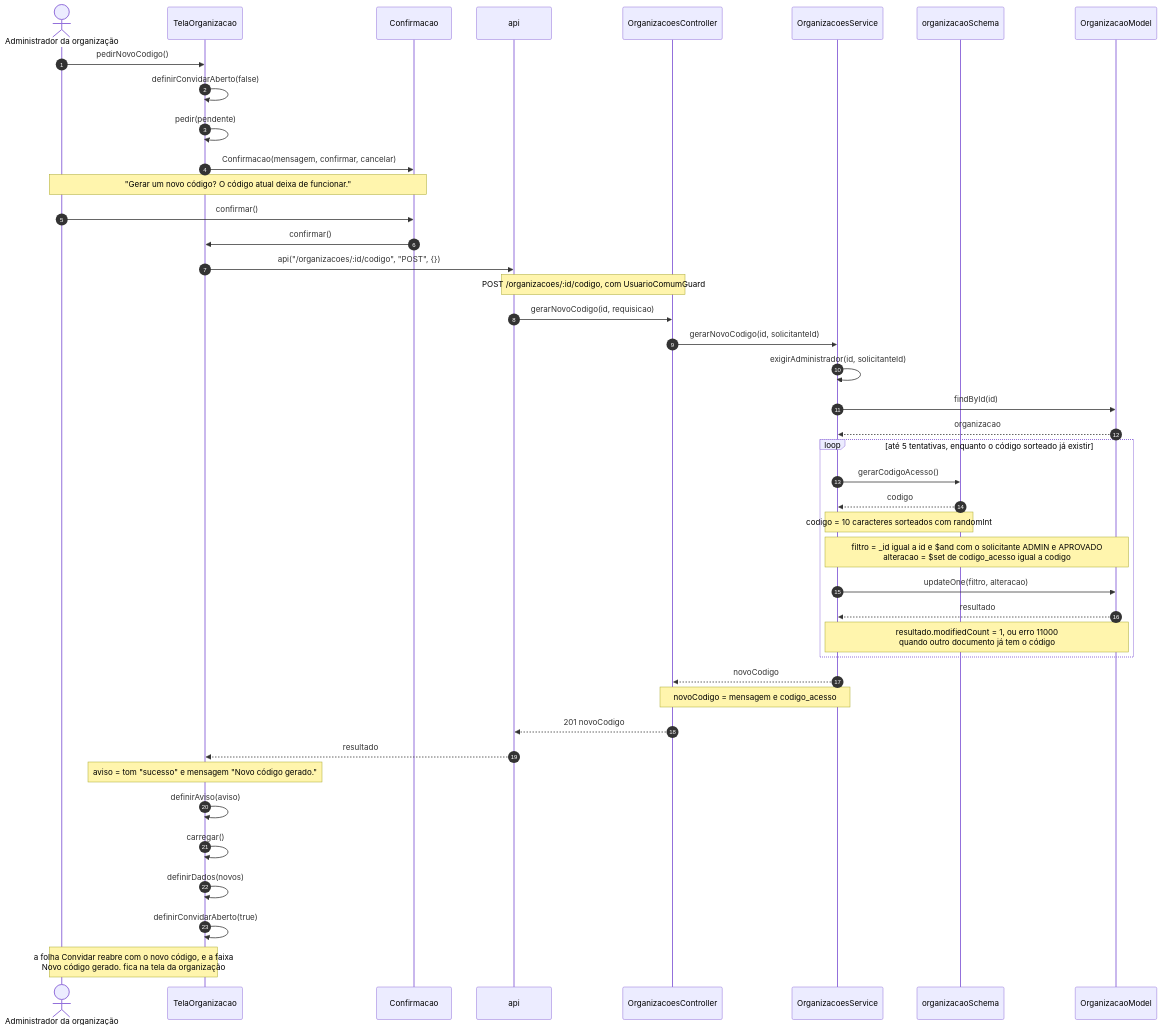
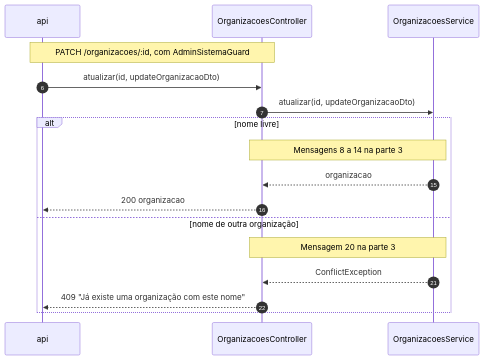
Before and after one commit to Conecta-IFSP/DOCUMENTATION: diagram 17 of 47 in 2 - Incremento 1/cadastro-organizacao/6 - diagramas-sequencia-cadastro-organizacao.md, drawn with Mermaid. The commit also changed other lines of this file and 5 other files, not shown here.

Commit message:
Divide os diagramas de sequência dos incrementos 1 e 2 em partes legíveis

````diff
--- a/2 - Incremento 1/cadastro-organizacao/6 - diagramas-sequencia-cadastro-organizacao.md
+++ b/2 - Incremento 1/cadastro-organizacao/6 - diagramas-sequencia-cadastro-organizacao.md
@@ -449,45 +384,21 @@
 ```mermaid
 sequenceDiagram
-    autonumber
-    actor U as Administrador da organização
-    participant T as TelaOrganizacao
-    participant D as Confirmacao
+    autonumber 6
     participant A as api
     participant C as OrganizacoesController
     participant S as OrganizacoesService
-    participant G as organizacaoSchema
-    participant M as OrganizacaoModel
-    U->>T: pedirNovoCodigo()
-    T->>T: definirConvidarAberto(false)
-    T->>T: pedir(pendente)
-    T->>D: Confirmacao(mensagem, confirmar, cancelar)
-    Note over U,D: "Gerar um novo código? O código atual deixa de funcionar."
-    U->>D: confirmar()
-    D->>T: confirmar()
-    T->>A: api("/organizacoes/:id/codigo", "POST", {})
-    Note over A,C: POST /organizacoes/:id/codigo, com UsuarioComumGuard
-    A->>C: gerarNovoCodigo(id, requisicao)
-    C->>S: gerarNovoCodigo(id, solicitanteId)
-    S->>S: exigirAdministrador(id, solicitanteId)
-    S->>M: findById(id)
-    M-->>S: organizacao
-    loop até 5 tentativas, enquanto o código sorteado já existir
-        S->>G: gerarCodigoAcesso()
-        G-->>S: codigo
-        Note over S,G: codigo = 10 caracteres sorteados com randomInt
-        Note over S,M: filtro = _id igual a id e $and com o solicitante ADMIN e APROVADO<br/>alteracao = $set de codigo_acesso igual a codigo
-        S->>M: updateOne(filtro, alteracao)
-        M-->>S: resultado
-        Note over S,M: resultado.modifiedCount = 1, ou erro 11000<br/>quando outro documento já tem o código
+    Note over A,C: PATCH /organizacoes/:id, com AdminSistemaGuard
+    A->>C: atualizar(id, updateOrganizacaoDto)
+    C->>S: atualizar(id, updateOrganizacaoDto)
+    alt nome livre
+        Note over C,S: Mensagens 8 a 14 na parte 3
+        autonumber 15
+        S-->>C: organizacao
+        C-->>A: 200 organizacao
+    else nome de outra organização
+        Note over C,S: Mensagem 20 na parte 3
+        autonumber 21
+        S-->>C: ConflictException
+        C-->>A: 409 "Já existe uma organização com este nome"
     end
-    S-->>C: novoCodigo
-    Note over C,S: novoCodigo = mensagem e codigo_acesso
-    C-->>A: 201 novoCodigo
-    A-->>T: resultado
-    Note over T: aviso = tom "sucesso" e mensagem "Novo código gerado."
-    T->>T: definirAviso(aviso)
-    T->>T: carregar()
-    T->>T: definirDados(novos)
-    T->>T: definirConvidarAberto(true)
-    Note over U,T: a folha Convidar reabre com o novo código, e a faixa<br/>Novo código gerado. fica na tela da organização
 ```
````
